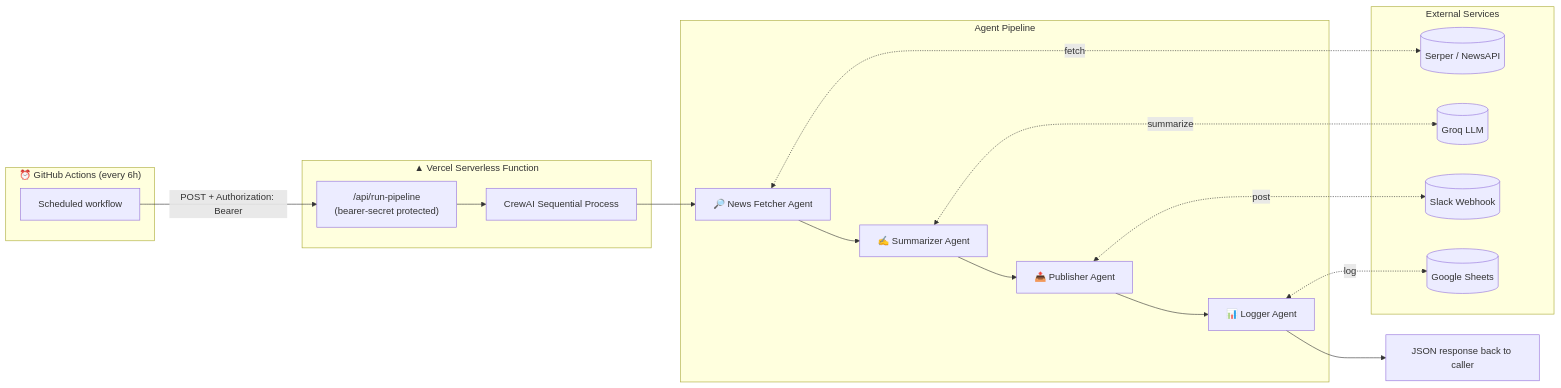
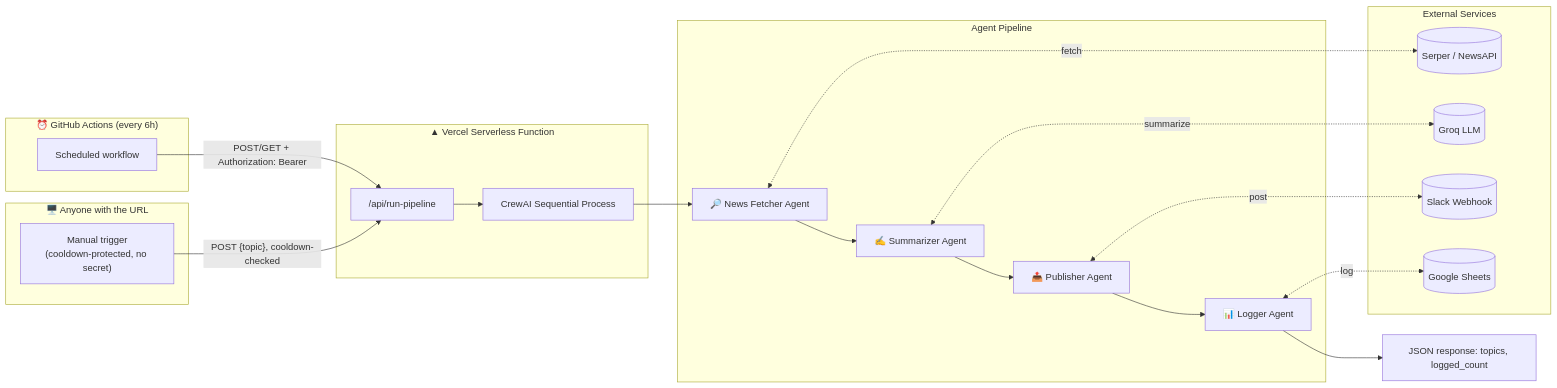
Before and after one commit to m-sameerkhan/ai-news-automation-bot: the diagram in README.md, drawn with Mermaid. The commit also changed other lines of this file and 13 other files, not shown here.

Commit message:
Add dashboard UI, cooldown-based manual trigger with topic override, local dev server

````diff
--- a/README.md
+++ b/README.md
@@ -24,33 +35,38 @@
 ```mermaid
 flowchart LR
     subgraph Scheduler["⏰ GitHub Actions (every 6h)"]
         CRON[Scheduled workflow]
     end
 
+    subgraph Dashboard["🖥️ Anyone with the URL"]
+        MANUAL["Manual trigger<br/>(cooldown-protected, no secret)"]
+    end
+
     subgraph Vercel["▲ Vercel Serverless Function"]
-        EP["/api/run-pipeline<br/>(bearer-secret protected)"]
+        EP["/api/run-pipeline"]
         CREW["CrewAI Sequential Process"]
     end
 
     subgraph Agents["Agent Pipeline"]
         A1["🔎 News Fetcher Agent"] --> A2["✍️ Summarizer Agent"]
         A2 --> A3["📤 Publisher Agent"]
         A3 --> A4["📊 Logger Agent"]
     end
 
     subgraph External["External Services"]
         SERPER[(Serper / NewsAPI)]
         GROQ[(Groq LLM)]
         SLACK[(Slack Webhook)]
         SHEETS[(Google Sheets)]
     end
 
-    CRON -- "POST + Authorization: Bearer" --> EP
+    CRON -- "POST/GET + Authorization: Bearer" --> EP
+    MANUAL -- "POST {topic}, cooldown-checked" --> EP
     EP --> CREW
     CREW --> A1
     A1 <-. fetch .-> SERPER
     A2 <-. summarize .-> GROQ
     A3 <-. post .-> SLACK
     A4 <-. log .-> SHEETS
-    A4 --> RESULT["JSON response back to caller"]
+    A4 --> RESULT["JSON response: topics, logged_count"]
 ```
````
